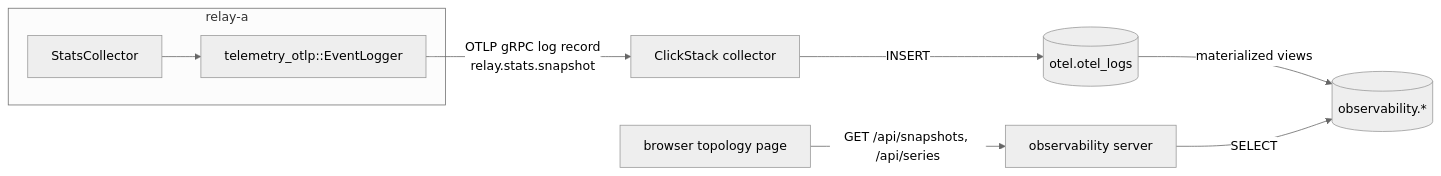
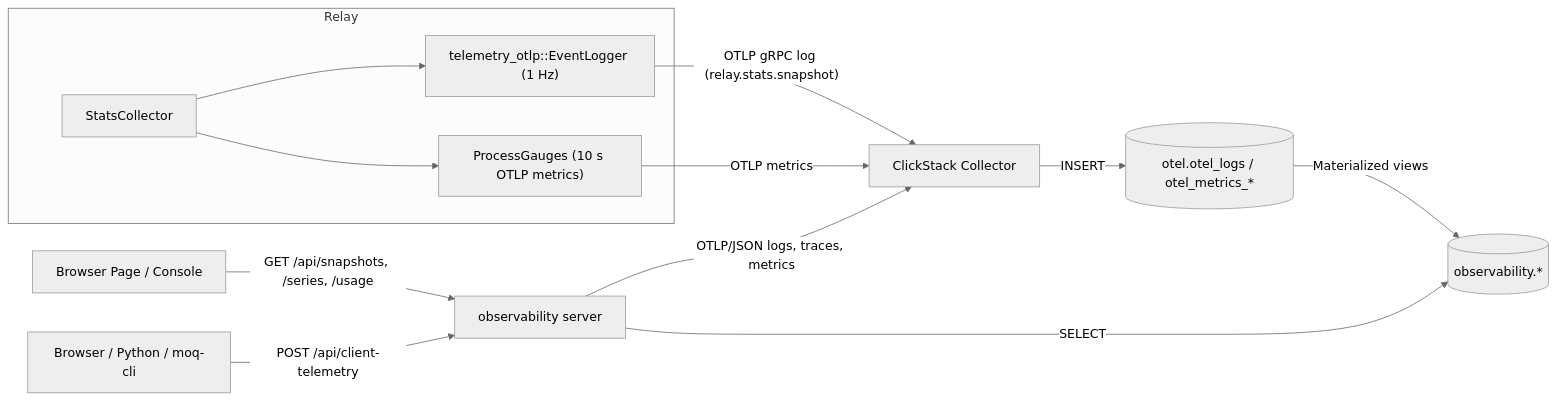
One commit to nttcom/moq-wasm changed the diagram in docs/architecture/observability/architecture.md. Above: the diagram before and after it, drawn with Mermaid (neutral theme). The commit also changed other lines of this file and 99 other files, not shown here.

Commit message:
docs(architecture): simplify architecture docs for readability (#2021)

````diff
--- a/docs/architecture/observability/architecture.md
+++ b/docs/architecture/observability/architecture.md
@@ -26,11 +13,15 @@
 ```mermaid
 flowchart LR
-  subgraph relay-a
-    C[StatsCollector] --> E[telemetry_otlp::EventLogger]
+  subgraph Relay
+    C["StatsCollector"] --> E["telemetry_otlp::EventLogger (1 Hz)"]
+    C --> G["ProcessGauges (10 s OTLP metrics)"]
   end
-  E -- "OTLP gRPC log record<br/>relay.stats.snapshot" --> K[ClickStack collector]
-  K -- INSERT --> L[(otel.otel_logs)]
-  L -- "materialized views" --> T[(observability.*)]
-  B[browser topology page] -- "GET /api/snapshots, /api/series" --> O[observability server]
-  O -- SELECT --> T
+  E -->|"OTLP gRPC log (relay.stats.snapshot)"| K["ClickStack Collector"]
+  G -->|"OTLP metrics"| K
+  K -->|INSERT| L[("otel.otel_logs / otel_metrics_*")]
+  L -->|"Materialized views"| T[("observability.*")]
+  B["Browser Page / Console"] -->|"GET /api/snapshots, /series, /usage"| O["observability server"]
+  O -->|SELECT| T
+  Clients["Browser / Python / moq-cli"] -->|"POST /api/client-telemetry"| O
+  O -->|"OTLP/JSON logs, traces, metrics"| K
 ```
````
